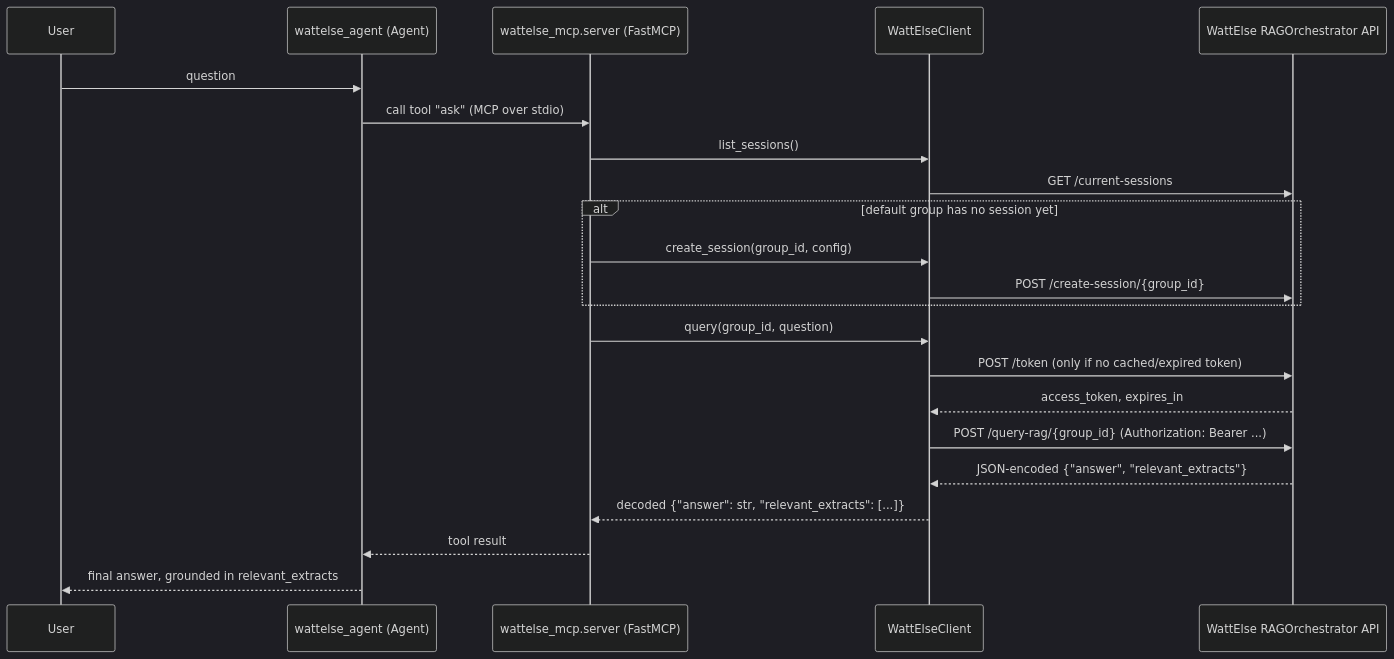
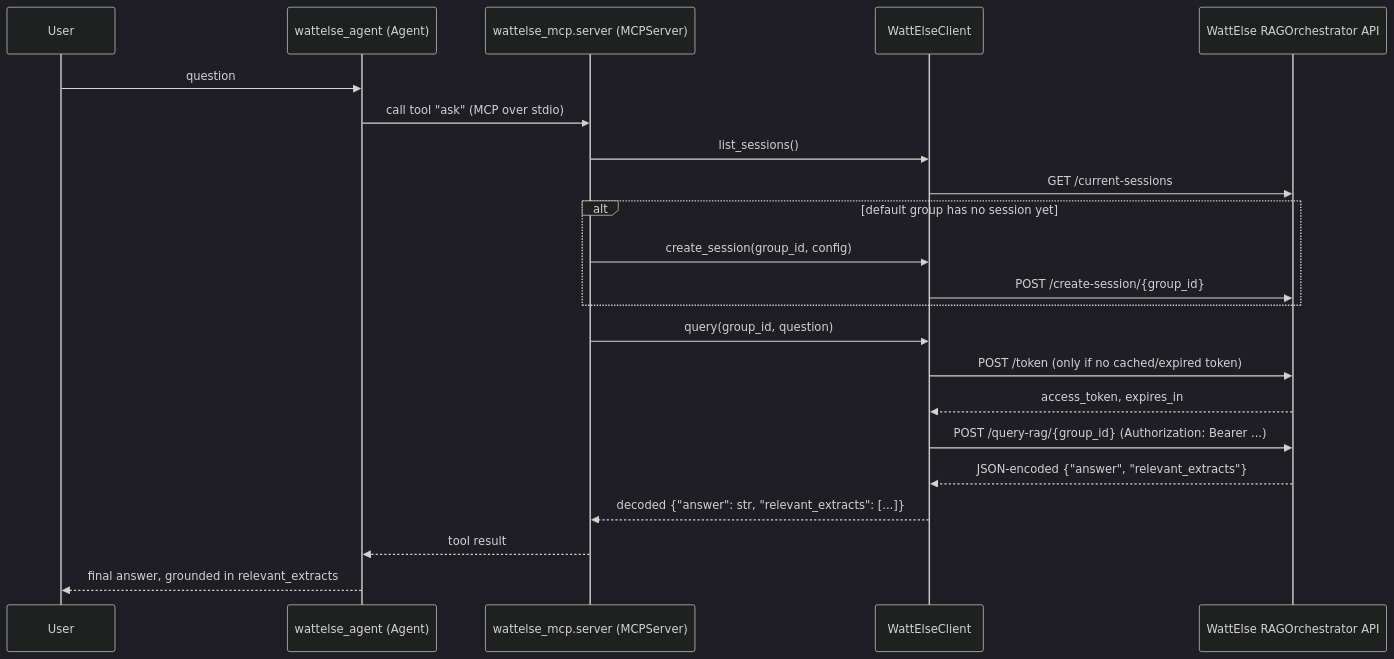
One commit to picaultj/wattelse-rag-bridge changed the second of 2 diagrams in docs/ARCHITECTURE.md. Above: the diagram before and after it, drawn with Mermaid (dark theme). The commit also changed other lines of this file and 6 other files, not shown here.

````diff
--- a/docs/ARCHITECTURE.md
+++ b/docs/ARCHITECTURE.md
@@ -64,25 +64,25 @@
 ```mermaid
 sequenceDiagram
     participant U as User
     participant A as wattelse_agent (Agent)
-    participant M as wattelse_mcp.server (FastMCP)
+    participant M as wattelse_mcp.server (MCPServer)
     participant C as WattElseClient
     participant W as WattElse RAGOrchestrator API
 
     U->>A: question
     A->>M: call tool "ask" (MCP over stdio)
     M->>C: list_sessions()
     C->>W: GET /current-sessions
     alt default group has no session yet
         M->>C: create_session(group_id, config)
         C->>W: POST /create-session/{group_id}
     end
     M->>C: query(group_id, question)
     C->>W: POST /token (only if no cached/expired token)
     W-->>C: access_token, expires_in
     C->>W: POST /query-rag/{group_id} (Authorization: Bearer ...)
     W-->>C: JSON-encoded {"answer", "relevant_extracts"}
     C-->>M: decoded {"answer": str, "relevant_extracts": [...]}
     M-->>A: tool result
     A-->>U: final answer, grounded in relevant_extracts
 ```
````
